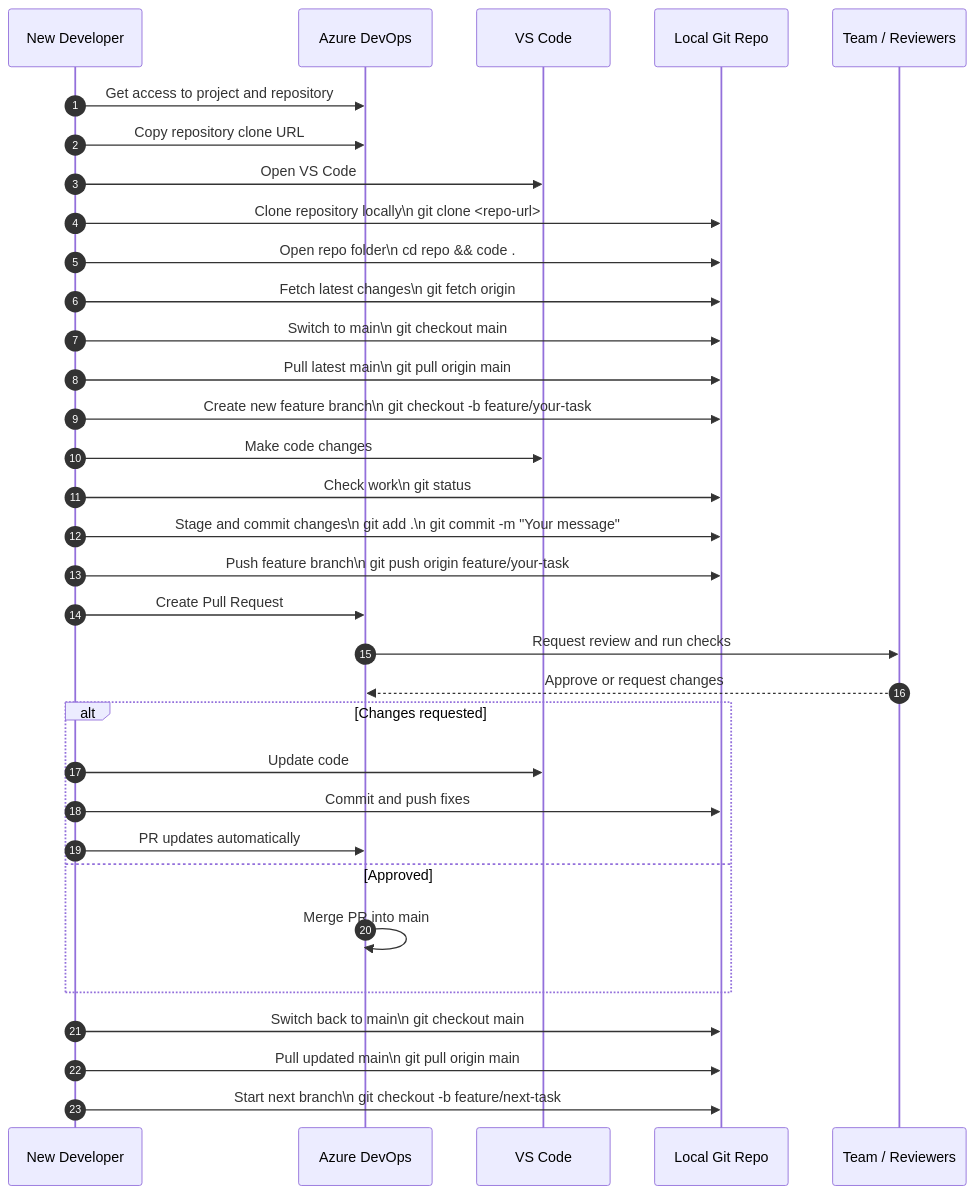
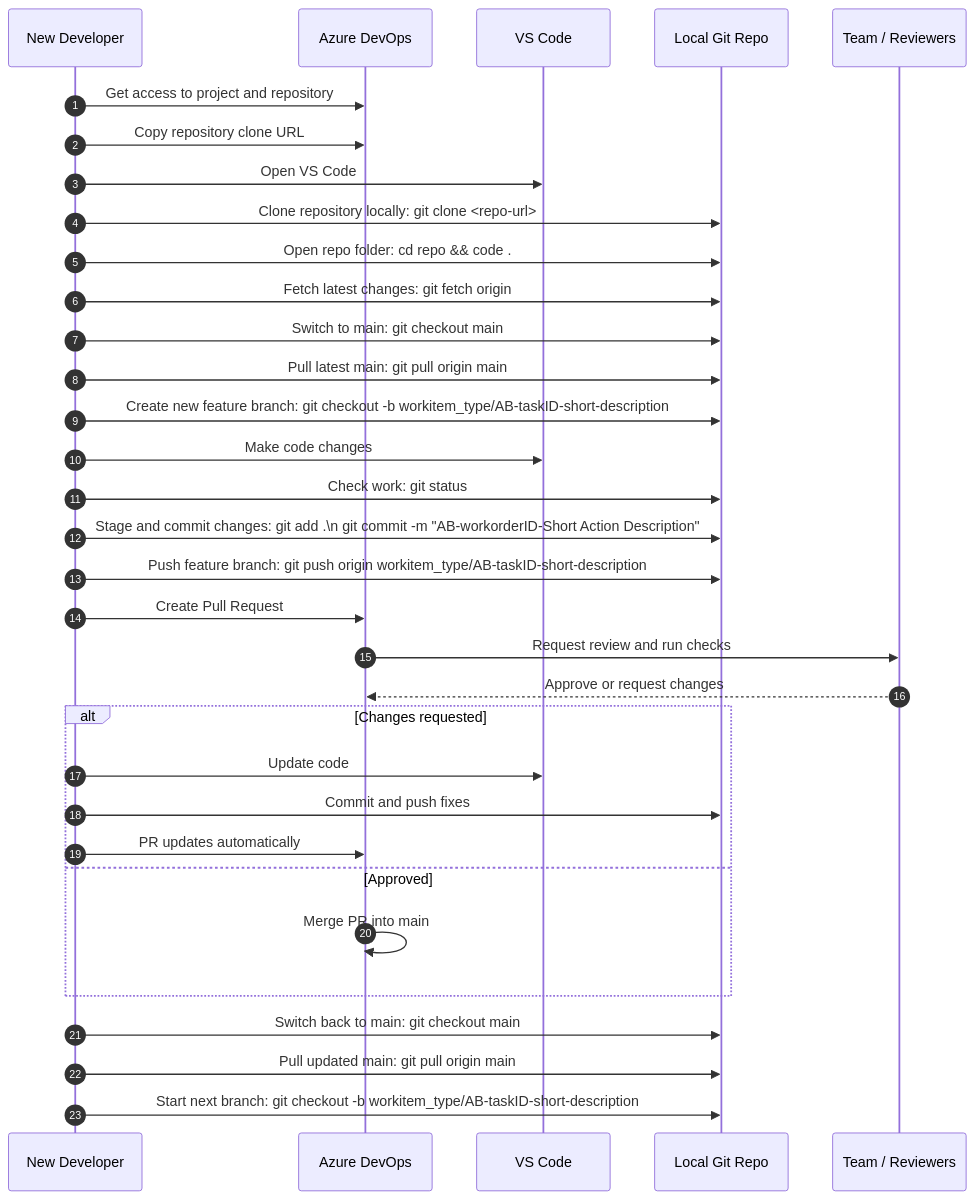
Before and after one commit to davis-boudreau/PROG2700: the first of 2 diagrams in devops/saitge-devops-workflow.md, drawn with Mermaid. The commit also changed 2 other files, not shown here.

Commit message:
ADDED THE TAILWIND4-DJANGO-GUIDE

````diff
--- a/devops/saitge-devops-workflow.md
+++ b/devops/saitge-devops-workflow.md
@@ -3,42 +3,41 @@
 ```mermaid
 sequenceDiagram
     autonumber
 
     participant Dev as New Developer
     participant ADO as Azure DevOps
     participant VS as VS Code
     participant Git as Local Git Repo
     participant Team as Team / Reviewers
 
     Dev->>ADO: Get access to project and repository
     Dev->>ADO: Copy repository clone URL
     Dev->>VS: Open VS Code
-    Dev->>Git: Clone repository locally\n git clone <repo-url>
-    Dev->>Git: Open repo folder\n cd repo && code .
+    Dev->>Git: Clone repository locally: git clone <repo-url>
+    Dev->>Git: Open repo folder: cd repo && code .
 
-    Dev->>Git: Fetch latest changes\n git fetch origin
-    Dev->>Git: Switch to main\n git checkout main
-    Dev->>Git: Pull latest main\n git pull origin main
+    Dev->>Git: Fetch latest changes: git fetch origin
+    Dev->>Git: Switch to main: git checkout main
+    Dev->>Git: Pull latest main: git pull origin main
 
-    Dev->>Git: Create new feature branch\n git checkout -b feature/your-task
+    Dev->>Git: Create new feature branch: git checkout -b workitem_type/AB-taskID-short-description
     Dev->>VS: Make code changes
-    Dev->>Git: Check work\n git status
-    Dev->>Git: Stage and commit changes\n git add .\n git commit -m "Your message"
-    Dev->>Git: Push feature branch\n git push origin feature/your-task
-
+    Dev->>Git: Check work: git status
+    Dev->>Git: Stage and commit changes: git add .\n git commit -m "AB-workorderID-Short Action Description"
+    Dev->>Git: Push feature branch: git push origin workitem_type/AB-taskID-short-description
     Dev->>ADO: Create Pull Request
     ADO->>Team: Request review and run checks
     Team-->>ADO: Approve or request changes
 
     alt Changes requested
         Dev->>VS: Update code
         Dev->>Git: Commit and push fixes
         Dev->>ADO: PR updates automatically
     else Approved
         ADO->>ADO: Merge PR into main
     end
 
-    Dev->>Git: Switch back to main\n git checkout main
-    Dev->>Git: Pull updated main\n git pull origin main
-    Dev->>Git: Start next branch\n git checkout -b feature/next-task
+    Dev->>Git: Switch back to main: git checkout main
+    Dev->>Git: Pull updated main: git pull origin main
+    Dev->>Git: Start next branch: git checkout -b workitem_type/AB-taskID-short-description
 ```
````
